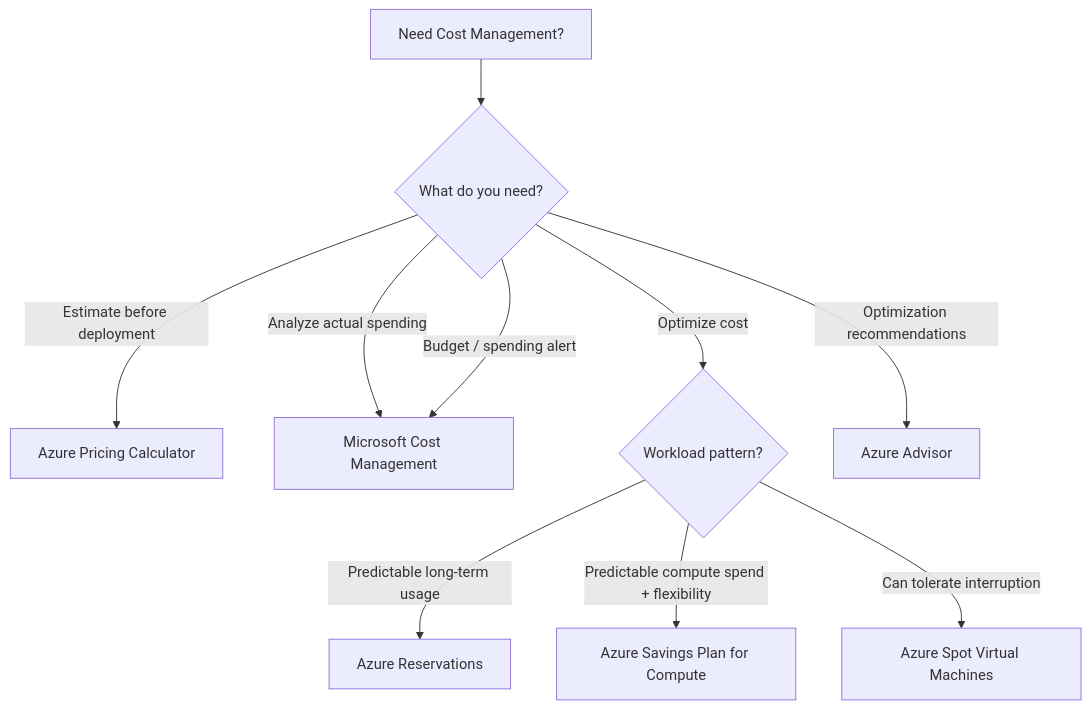
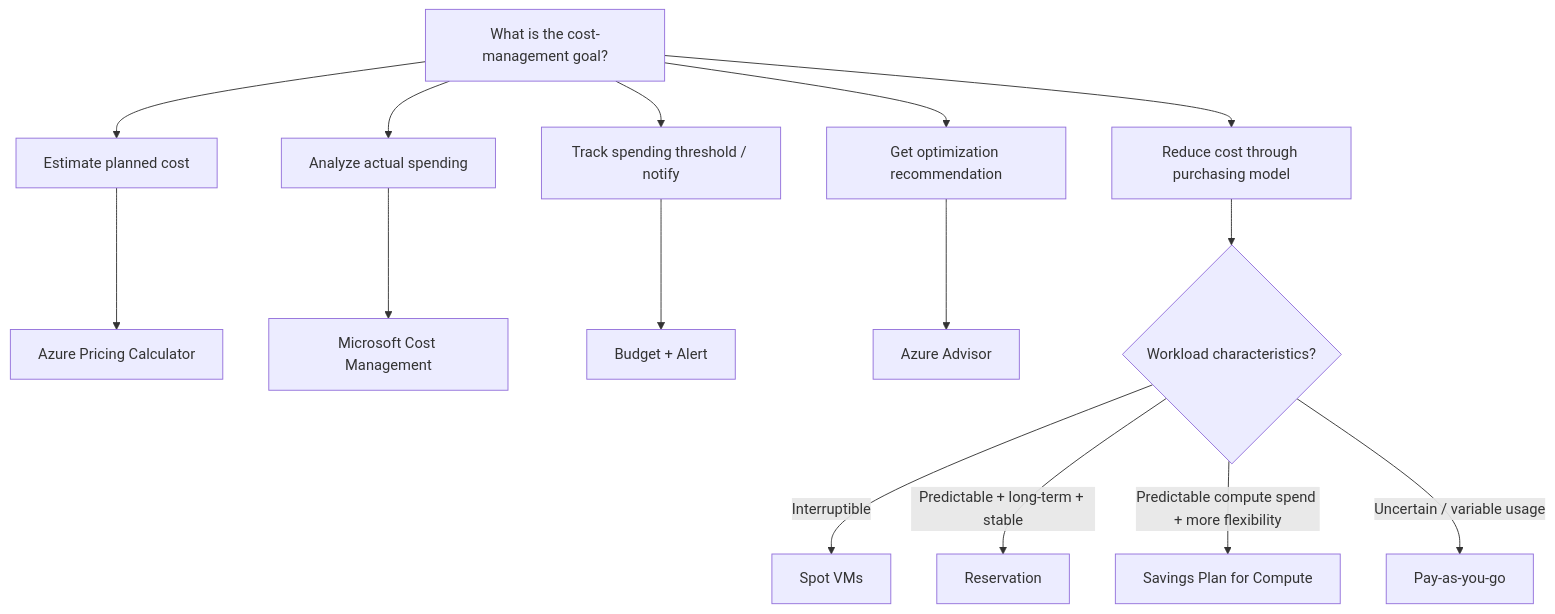
The diagram in exam/decision-trees/cost-decision-tree.md (zhyordanova/azure-fundamentals-handbook), drawn with Mermaid before and after one commit. The commit also changed other lines of this file and 4 other files, not shown here.

Commit message:
feat: upgrade cost management chapter with decision-based exam reasoning

````diff
--- a/exam/decision-trees/cost-decision-tree.md
+++ b/exam/decision-trees/cost-decision-tree.md
@@ -3,21 +5,21 @@
 ```mermaid
 flowchart TD
+    A["What is the cost-management goal?"]
 
-    A["Need Cost Management?"] --> B{"What do you need?"}
+    A --> B["Estimate planned cost"]
+    A --> C["Analyze actual spending"]
+    A --> D["Track spending threshold / notify"]
+    A --> E["Get optimization recommendation"]
+    A --> F["Reduce cost through purchasing model"]
 
-    B -->|Estimate before deployment| C["Azure Pricing Calculator"]
+    B --> PC["Azure Pricing Calculator"]
+    C --> CM["Microsoft Cost Management"]
+    D --> BA["Budget + Alert"]
+    E --> ADV["Azure Advisor"]
+    F --> OPT{"Workload characteristics?"}
 
-    B -->|Analyze actual spending| D["Microsoft Cost Management"]
-
-    B -->|Budget / spending alert| D
-
-    B -->|Optimize cost| E{"Workload pattern?"}
-
-    E -->|Predictable long-term usage| F["Azure Reservations"]
-
-    E -->|Predictable compute spend + flexibility| G["Azure Savings Plan for Compute"]
-
-    E -->|Can tolerate interruption| H["Azure Spot Virtual Machines"]
-
-    B -->|Optimization recommendations| I["Azure Advisor"]
+    OPT -->|"Interruptible"| SPOT["Spot VMs"]
+    OPT -->|"Predictable + long-term + stable"| RES["Reservation"]
+    OPT -->|"Predictable compute spend + more flexibility"| SAVE["Savings Plan for Compute"]
+    OPT -->|"Uncertain / variable usage"| PAYG["Pay-as-you-go"]
 ```
````
